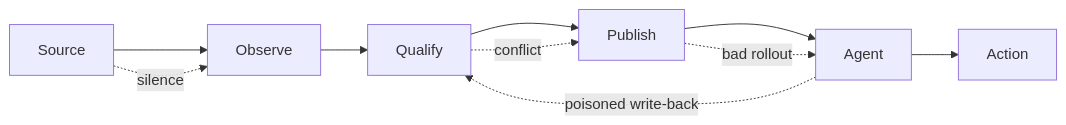
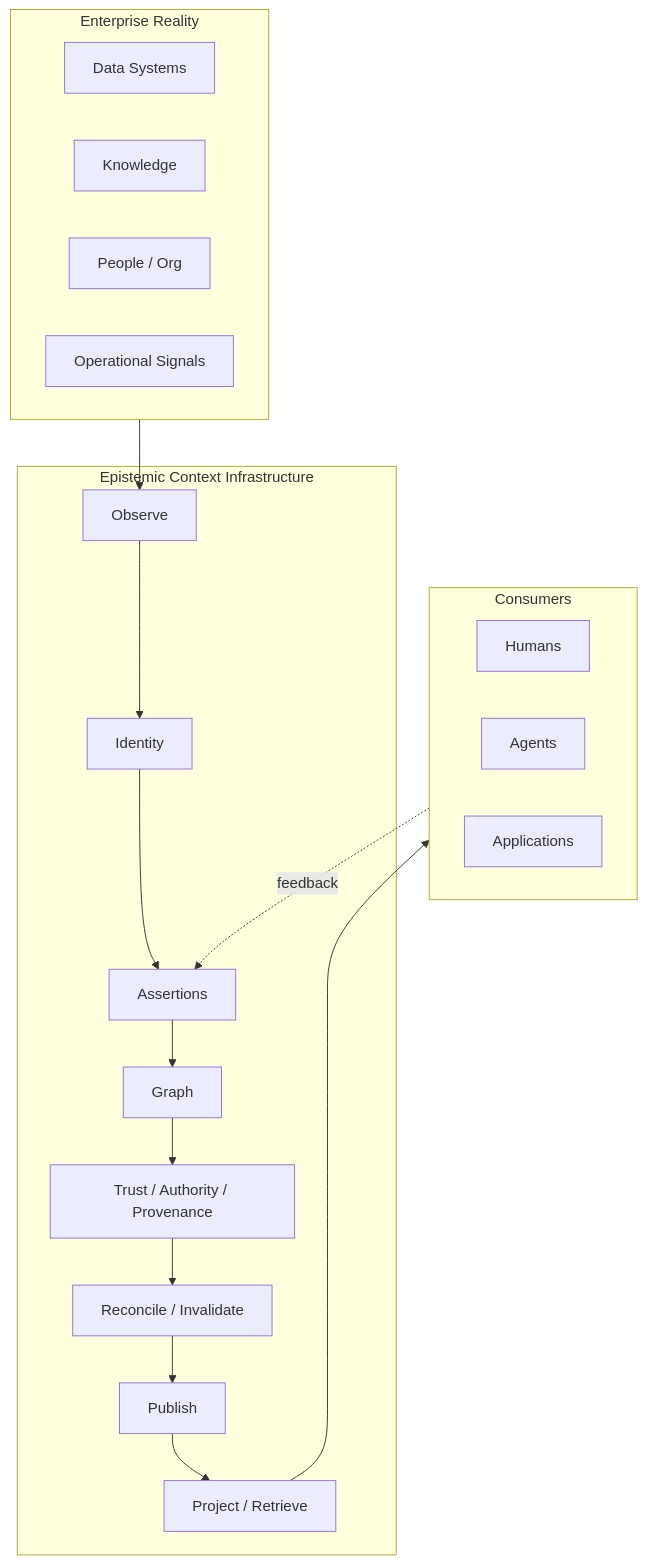
The second of 2 diagrams in README.md (XiaoWeiKIN/datahub-research), drawn with Mermaid before and after one commit. The commit also changed other lines of this file, not shown here.

Commit message:
docs: complete first-phase DataHub context architecture research

```diff
--- a/README.md
+++ b/README.md
@@ -72,16 +53,31 @@
 ~~~mermaid
-flowchart LR
-    SOURCE[Source]
-    OBS[Observe]
-    TRUST[Qualify]
-    PUB[Publish]
-    AG[Agent]
-    ACT[Action]
+flowchart TB
+    subgraph REALITY[Enterprise Reality]
+        DATA[Data Systems]
+        DOCS[Knowledge]
+        PEOPLE[People / Org]
+        OPS[Operational Signals]
+    end
 
-    SOURCE --> OBS --> TRUST --> PUB --> AG --> ACT
+    subgraph CONTEXT[Epistemic Context Infrastructure]
+        OBS[Observe]
+        ID[Identity]
+        ASSERT[Assertions]
+        GRAPH[Graph]
+        TRUST[Trust / Authority / Provenance]
+        REC[Reconcile / Invalidate]
+        PUB[Publish]
+        PROJ[Project / Retrieve]
+    end
 
-    SOURCE -.silence.-> OBS
-    TRUST -.conflict.-> PUB
-    PUB -.bad rollout.-> AG
-    AG -.poisoned write-back.-> TRUST
+    subgraph CONSUMERS[Consumers]
+        HUMAN[Humans]
+        AGENTS[Agents]
+        APPS[Applications]
+    end
+
+    REALITY --> OBS --> ID --> ASSERT --> GRAPH
+    GRAPH --> TRUST --> REC --> PUB --> PROJ
+    PROJ --> CONSUMERS
+    CONSUMERS -.feedback.-> ASSERT
 ~~~
```
